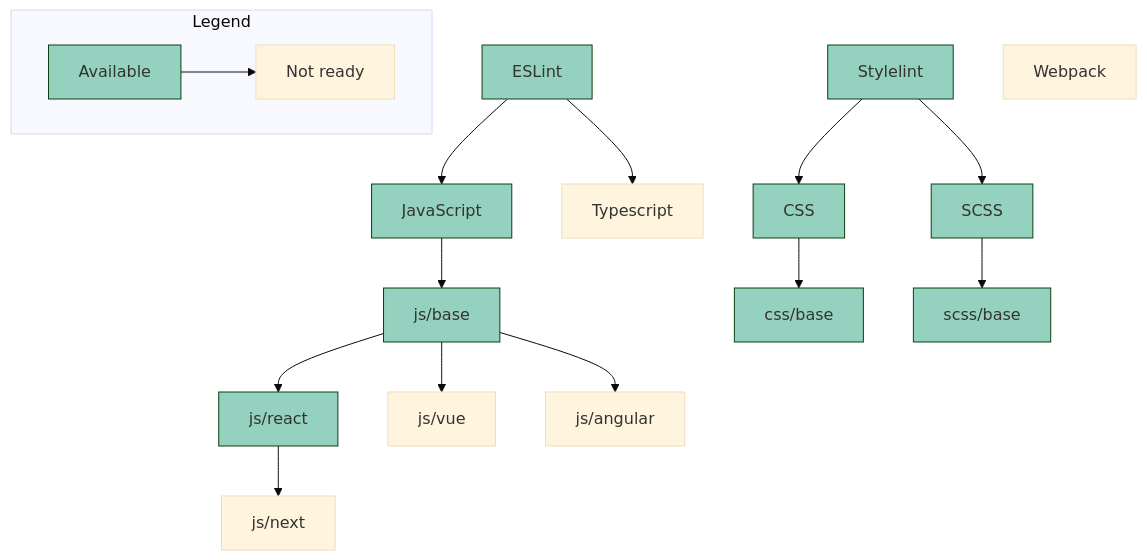
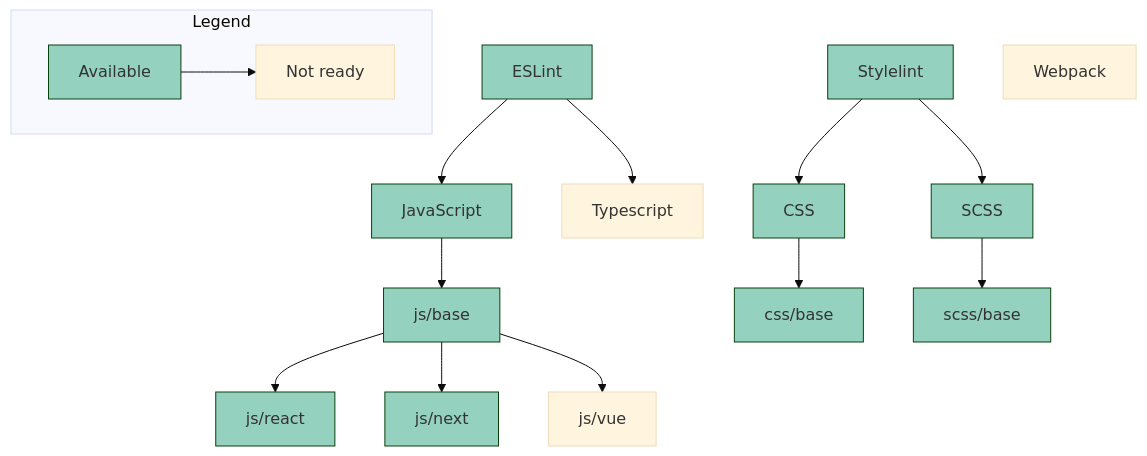
The diagram in README.md (MAARK/code-config), drawn with Mermaid before and after one commit. The commit also changed other lines of this file and 21 other files, not shown here.

````diff
--- a/README.md
+++ b/README.md
@@ -78,25 +78,24 @@
 ```mermaid
 %%{init: {'theme':'base'}}%%
 graph TD
     subgraph Legend
         L1[Available]:::available --> L2[Not ready]
     end
 
     A[ESLint]:::available --> B[JavaScript]:::available
     B --> C[js/base]:::available
     C --> D[js/react]:::available
+    C --> js/next:::available
     C --> js/vue
-    C --> js/angular
-    D --> js/next
 
     A --> E[Typescript]
 
     F[Stylelint]:::available --> G[CSS]:::available
     F --> H[SCSS]:::available
     G --> css/base:::available
     H --> scss/base:::available
 
     Webpack
 
     classDef available stroke:#0B410E,fill:#94D1BE
 ```
````
